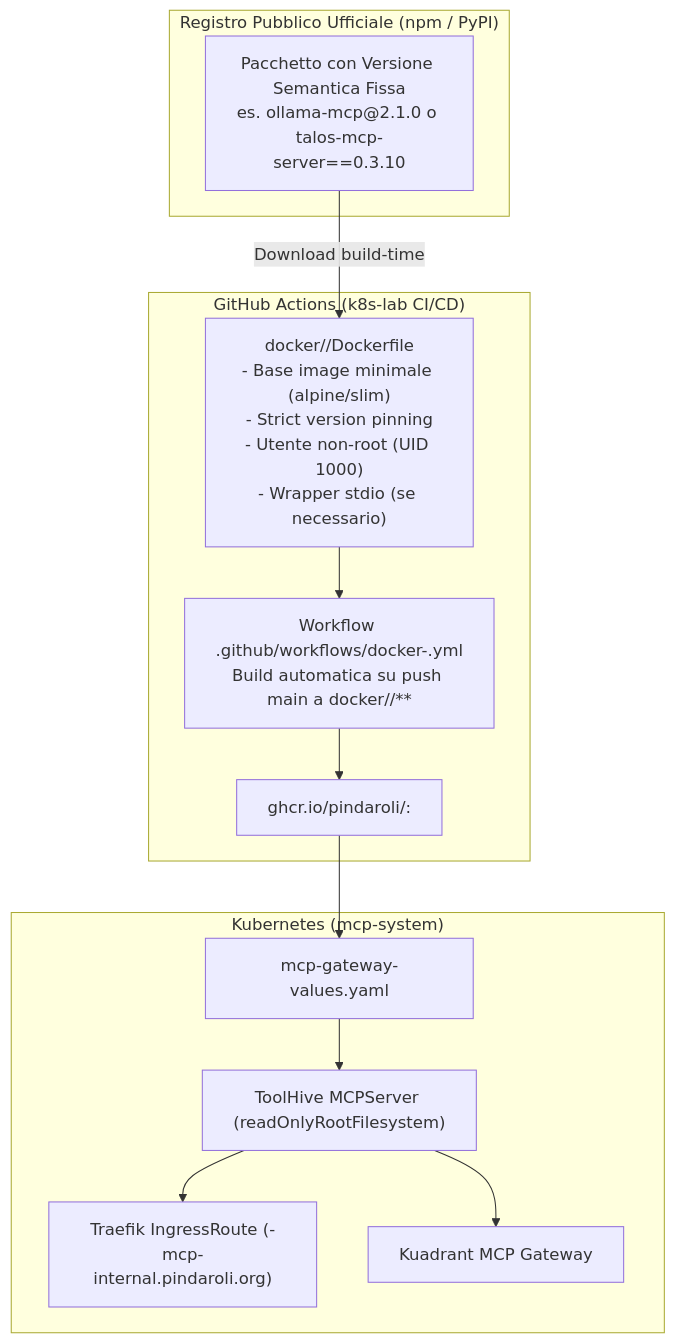
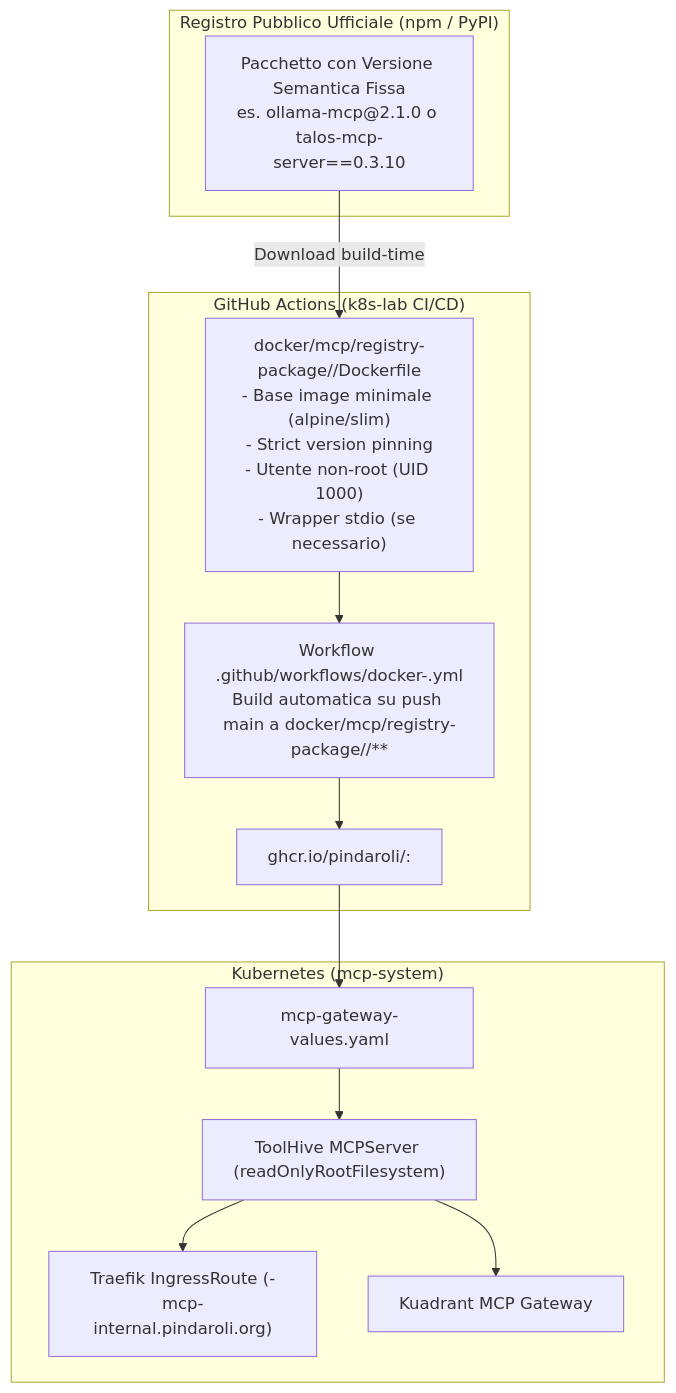
Before and after one commit to pindaroli/k8s-lab: the diagram in wiki/patterns/mcp-registry-package-pattern.md, drawn with Mermaid. The commit also changed other lines of this file and 95 other files, not shown here.

First line of the commit message:
refactor(mcp): riorganizzazione tassonomica docker/mcp per pattern di packaging

````diff
--- a/wiki/patterns/mcp-registry-package-pattern.md
+++ b/wiki/patterns/mcp-registry-package-pattern.md
@@ -61,25 +61,25 @@
 ```mermaid
 flowchart TD
     subgraph Registry["Registro Pubblico Ufficiale (npm / PyPI)"]
         PKG["Pacchetto con Versione Semantica Fissa\nes. ollama-mcp@2.1.0 o talos-mcp-server==0.3.10"]
     end
 
     subgraph CI["GitHub Actions (k8s-lab CI/CD)"]
-        DOCKERFILE["docker/<app>/Dockerfile\n- Base image minimale (alpine/slim)\n- Strict version pinning\n- Utente non-root (UID 1000)\n- Wrapper stdio (se necessario)"]
-        GHA["Workflow .github/workflows/docker-<app>.yml\nBuild automatica su push main a docker/<app>/**"]
+        DOCKERFILE["docker/mcp/registry-package/<app>/Dockerfile\n- Base image minimale (alpine/slim)\n- Strict version pinning\n- Utente non-root (UID 1000)\n- Wrapper stdio (se necessario)"]
+        GHA["Workflow .github/workflows/docker-<app>.yml\nBuild automatica su push main a docker/mcp/registry-package/<app>/**"]
         GHCR["ghcr.io/pindaroli/<app>:<version>"]
     end
 
     subgraph K8s["Kubernetes (mcp-system)"]
         VALUES["mcp-gateway-values.yaml"]
         TH["ToolHive MCPServer (readOnlyRootFilesystem)"]
         ING["Traefik IngressRoute (<app>-mcp-internal.pindaroli.org)"]
         GW["Kuadrant MCP Gateway"]
     end
 
     PKG -->|Download build-time| DOCKERFILE
     DOCKERFILE --> GHA --> GHCR
     GHCR --> VALUES --> TH
     TH --> ING
     TH --> GW
 ```
````
